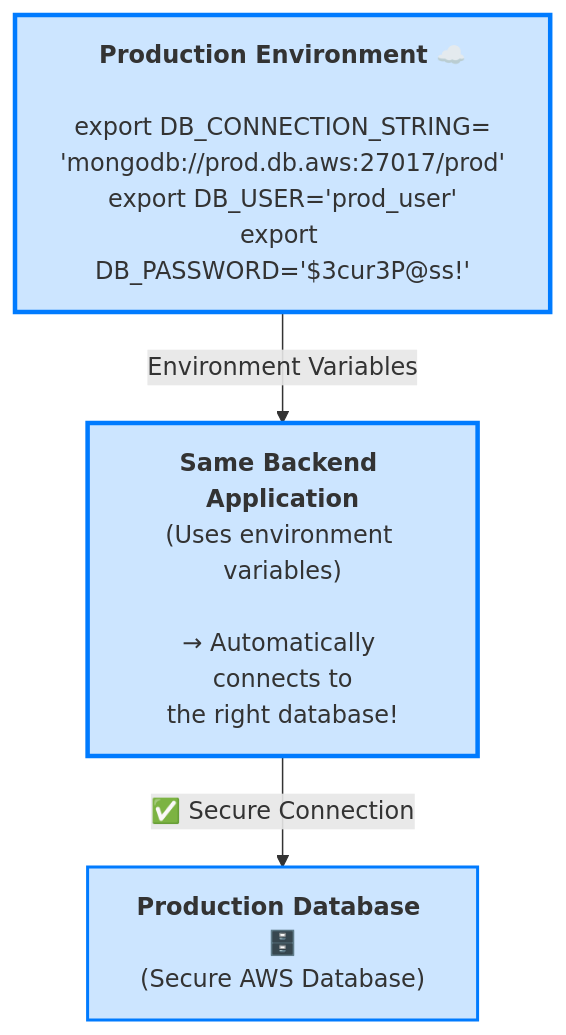
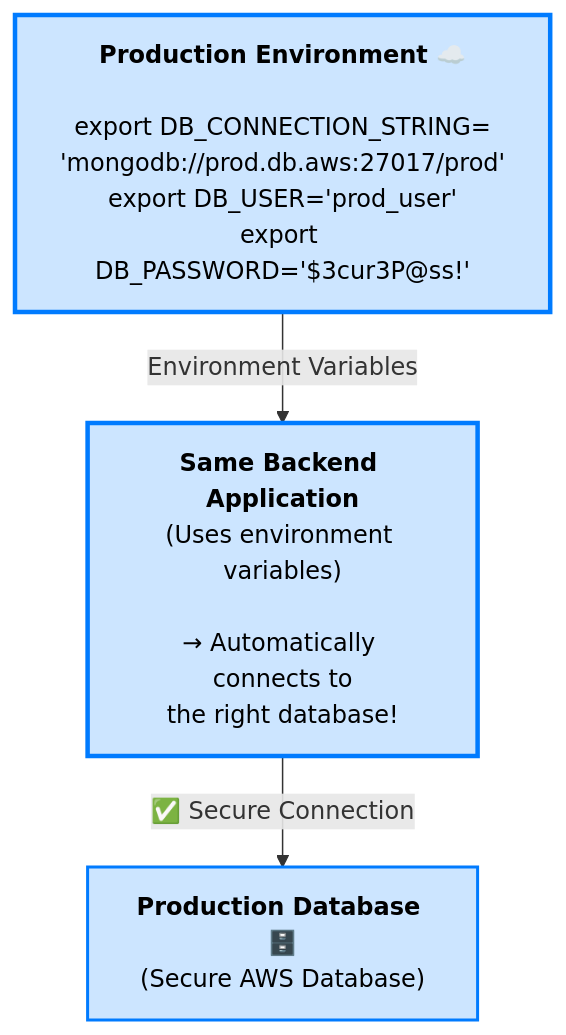
Before and after one commit to VIVES-Zuid/IntroToLinux: the third of 3 diagrams in 03-History-Variables/02-environment-variables.md, drawn with Mermaid. The commit also changed other lines of this file and 2 other files, not shown here.

````diff
--- a/03-History-Variables/02-environment-variables.md
+++ b/03-History-Variables/02-environment-variables.md
@@ -154,13 +152,13 @@
 ```mermaid
 graph TD
     A["<b>Production Environment ☁️</b><br/><br/>export DB_CONNECTION_STRING=<br/>'mongodb://prod.db.aws:27017/prod'<br/>export DB_USER='prod_user'<br/>export DB_PASSWORD='$3cur3P@ss!'"]
     B["<b>Same Backend Application</b><br/>(Uses environment variables)<br/><br/>→ Automatically connects to<br/>the right database!"]
     C["<b>Production Database 🗄️</b><br/>(Secure AWS Database)"]
     
     A -->|"Environment Variables"| B
     B -->|"✅ Secure Connection"| C
     
-    style A fill:#cce5ff,stroke:#007bff,stroke-width:3px
-    style B fill:#cce5ff,stroke:#007bff,stroke-width:3px
-    style C fill:#cce5ff,stroke:#007bff,stroke-width:2px
+    style A fill:#cce5ff,stroke:#007bff,stroke-width:3px,color:#000
+    style B fill:#cce5ff,stroke:#007bff,stroke-width:3px,color:#000
+    style C fill:#cce5ff,stroke:#007bff,stroke-width:2px,color:#000
 ```
````
